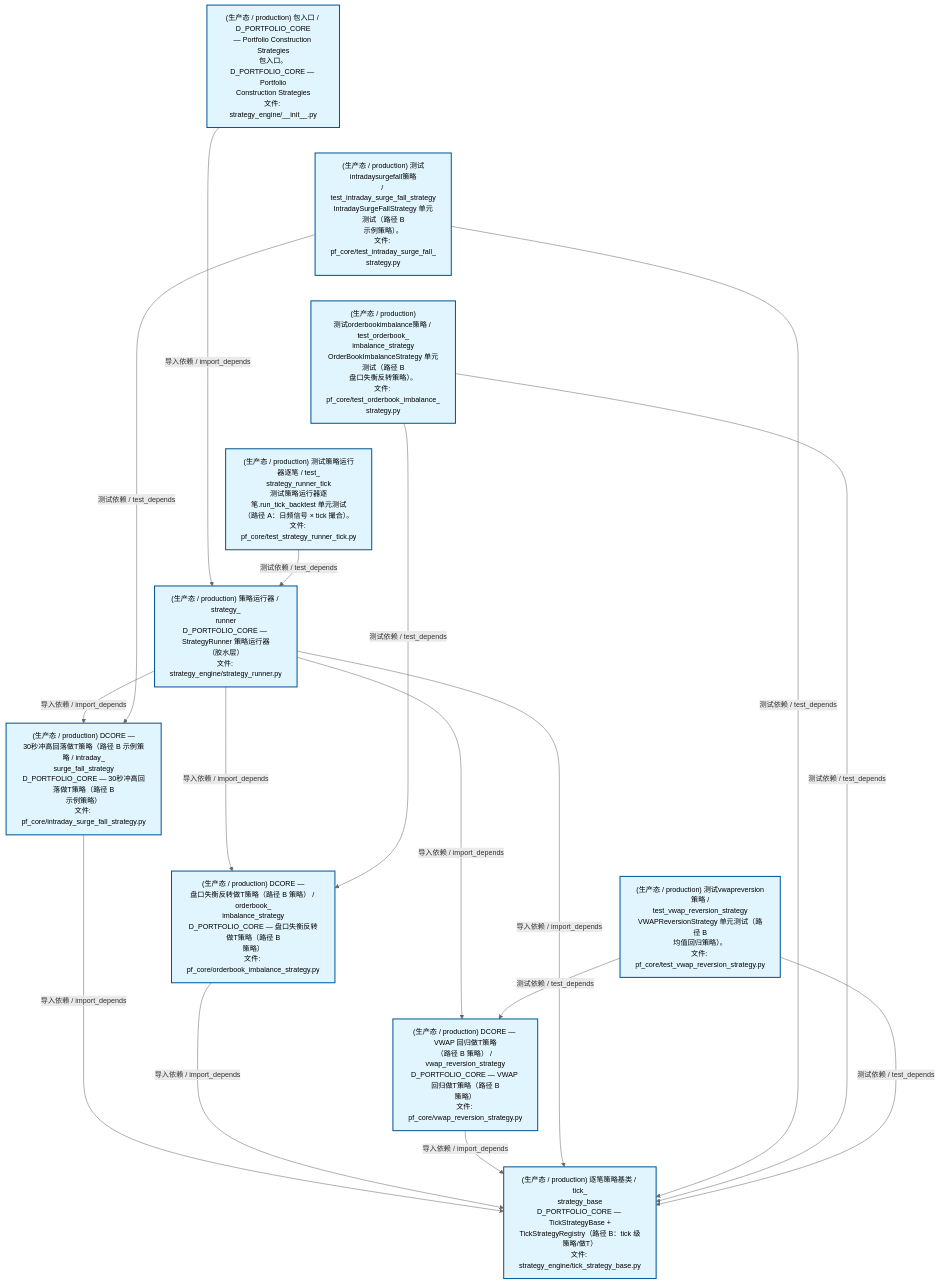
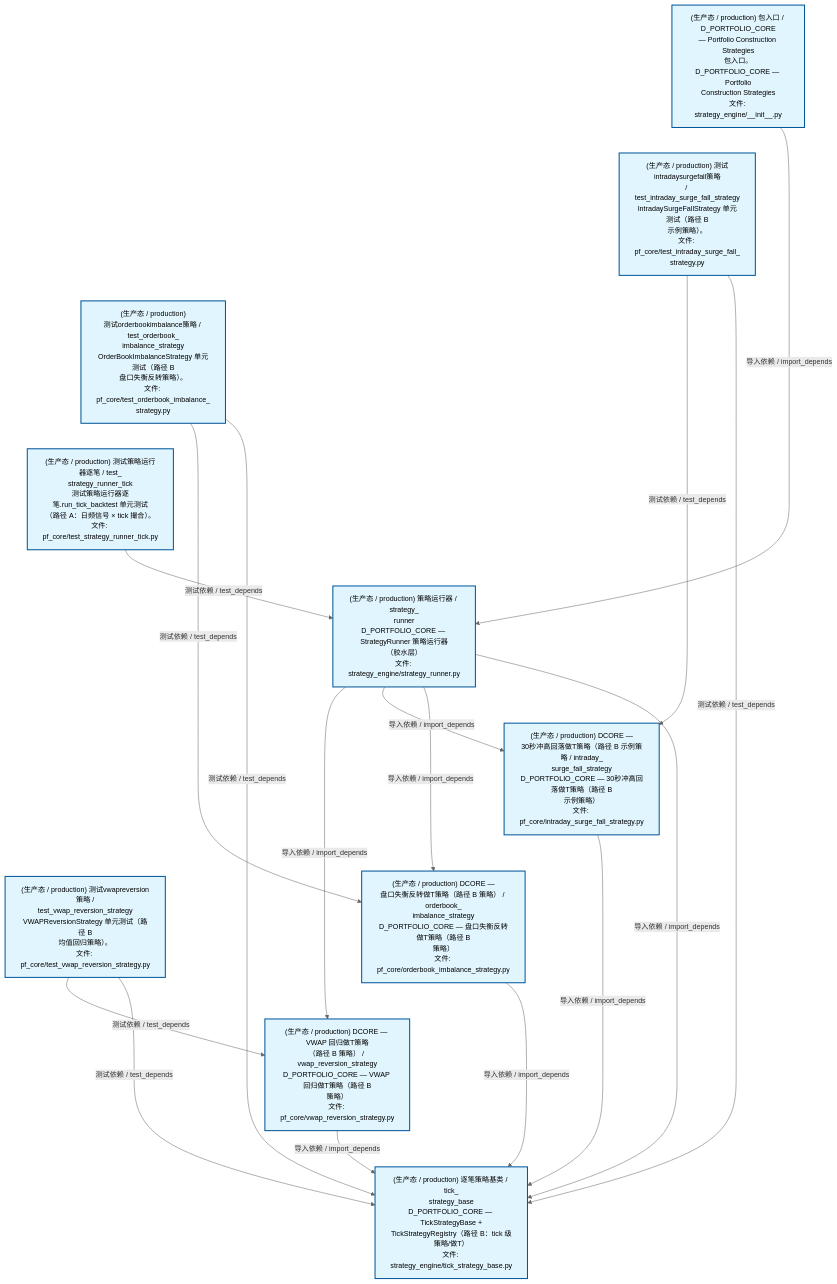
One commit to xuanFelixVan/ZephyrAlpha changed the second of 4 diagrams in docs/02_enterprise_architecture/02_domain_architecture_docs/63_d_pf_core.md. Above: the diagram before and after it, drawn with Mermaid. The commit also changed other lines of this file and 35 other files, not shown here.

````diff
--- a/docs/02_enterprise_architecture/02_domain_architecture_docs/63_d_pf_core.md
+++ b/docs/02_enterprise_architecture/02_domain_architecture_docs/63_d_pf_core.md
@@ -131,40 +131,40 @@
 ```mermaid
 %%{init: {'theme': 'base', 'themeVariables': {'primaryColor': '#eaeaea', 'primaryTextColor': '#333333', 'primaryBorderColor': '#666666', 'lineColor': '#666666', 'secondaryColor': '#eaeaea', 'tertiaryColor': '#eaeaea', 'fontSize': '14px'}}}%%
 flowchart TD
     src_zephyr_pf_core_strategy_engine_init_py["(生产态 / production) 包入口 / D_PORTFOLIO_CORE<br/>— Portfolio Construction Strategies<br/>包入口。D_PORTFOLIO_CORE — Portfolio<br/>Construction Strategies<br/>文件: strategy_engine/__init__.py"]
     tests_pf_core_test_intraday_surge_fall_strategy_py["(生产态 / production) 测试intradaysurgefall策略<br/>/ test_intraday_surge_fall_strategy<br/>IntradaySurgeFallStrategy 单元测试（路径 B<br/>示例策略）。<br/>文件: pf_core/test_intraday_surge_fall_<br/>strategy.py"]
     tests_pf_core_test_orderbook_imbalance_strategy_py["(生产态 / production)<br/>测试orderbookimbalance策略 / test_orderbook_<br/>imbalance_strategy<br/>OrderBookImbalanceStrategy 单元测试（路径 B<br/>盘口失衡反转策略）。<br/>文件: pf_core/test_orderbook_imbalance_<br/>strategy.py"]
     tests_pf_core_test_strategy_runner_tick_py["(生产态 / production) 测试策略运行器逐笔 / test_<br/>strategy_runner_tick<br/>测试策略运行器逐笔.run_tick_backtest 单元测试<br/>（路径 A：日频信号 × tick 撮合）。<br/>文件: pf_core/test_strategy_runner_tick.py"]
     tests_pf_core_test_vwap_reversion_strategy_py["(生产态 / production) 测试vwapreversion策略 /<br/>test_vwap_reversion_strategy<br/>VWAPReversionStrategy 单元测试（路径 B<br/>均值回归策略）。<br/>文件: pf_core/test_vwap_reversion_strategy.py"]
     src_zephyr_pf_core_strategy_engine_init_py ~~~ tests_pf_core_test_intraday_surge_fall_strategy_py
     tests_pf_core_test_intraday_surge_fall_strategy_py ~~~ tests_pf_core_test_orderbook_imbalance_strategy_py
     tests_pf_core_test_orderbook_imbalance_strategy_py ~~~ tests_pf_core_test_strategy_runner_tick_py
     tests_pf_core_test_strategy_runner_tick_py ~~~ tests_pf_core_test_vwap_reversion_strategy_py
     src_zephyr_pf_core_strategy_engine_strategy_runner_py["(生产态 / production) 策略运行器 / strategy_<br/>runner<br/>D_PORTFOLIO_CORE — StrategyRunner 策略运行器<br/>（胶水层）<br/>文件: strategy_engine/strategy_runner.py"]
     src_zephyr_pf_core_intraday_surge_fall_strategy_py["(生产态 / production) DCORE —<br/>30秒冲高回落做T策略（路径 B 示例策略 / intraday_<br/>surge_fall_strategy<br/>D_PORTFOLIO_CORE — 30秒冲高回落做T策略（路径 B<br/>示例策略）<br/>文件: pf_core/intraday_surge_fall_strategy.py"]
     src_zephyr_pf_core_orderbook_imbalance_strategy_py["(生产态 / production) DCORE —<br/>盘口失衡反转做T策略（路径 B 策略） / orderbook_<br/>imbalance_strategy<br/>D_PORTFOLIO_CORE — 盘口失衡反转做T策略（路径 B<br/>策略）<br/>文件: pf_core/orderbook_imbalance_strategy.py"]
     src_zephyr_pf_core_vwap_reversion_strategy_py["(生产态 / production) DCORE — VWAP 回归做T策略<br/>（路径 B 策略） / vwap_reversion_strategy<br/>D_PORTFOLIO_CORE — VWAP 回归做T策略（路径 B<br/>策略）<br/>文件: pf_core/vwap_reversion_strategy.py"]
     src_zephyr_pf_core_intraday_surge_fall_strategy_py ~~~ src_zephyr_pf_core_orderbook_imbalance_strategy_py
     src_zephyr_pf_core_orderbook_imbalance_strategy_py ~~~ src_zephyr_pf_core_vwap_reversion_strategy_py
     src_zephyr_pf_core_strategy_engine_tick_strategy_base_py["(生产态 / production) 逐笔策略基类 / tick_<br/>strategy_base<br/>D_PORTFOLIO_CORE — TickStrategyBase +<br/>TickStrategyRegistry（路径 B：tick 级策略/做T）<br/>文件: strategy_engine/tick_strategy_base.py"]
+    src_zephyr_pf_core_vwap_reversion_strategy_py -->|导入依赖 / import_depends| src_zephyr_pf_core_strategy_engine_tick_strategy_base_py
     src_zephyr_pf_core_intraday_surge_fall_strategy_py -->|导入依赖 / import_depends| src_zephyr_pf_core_strategy_engine_tick_strategy_base_py
     src_zephyr_pf_core_orderbook_imbalance_strategy_py -->|导入依赖 / import_depends| src_zephyr_pf_core_strategy_engine_tick_strategy_base_py
-    src_zephyr_pf_core_vwap_reversion_strategy_py -->|导入依赖 / import_depends| src_zephyr_pf_core_strategy_engine_tick_strategy_base_py
+    src_zephyr_pf_core_strategy_engine_init_py -->|导入依赖 / import_depends| src_zephyr_pf_core_strategy_engine_strategy_runner_py
+    src_zephyr_pf_core_strategy_engine_strategy_runner_py -->|导入依赖 / import_depends| src_zephyr_pf_core_vwap_reversion_strategy_py
     src_zephyr_pf_core_strategy_engine_strategy_runner_py -->|导入依赖 / import_depends| src_zephyr_pf_core_intraday_surge_fall_strategy_py
     src_zephyr_pf_core_strategy_engine_strategy_runner_py -->|导入依赖 / import_depends| src_zephyr_pf_core_orderbook_imbalance_strategy_py
-    src_zephyr_pf_core_strategy_engine_strategy_runner_py -->|导入依赖 / import_depends| src_zephyr_pf_core_vwap_reversion_strategy_py
     src_zephyr_pf_core_strategy_engine_strategy_runner_py -->|导入依赖 / import_depends| src_zephyr_pf_core_strategy_engine_tick_strategy_base_py
-    src_zephyr_pf_core_strategy_engine_init_py -->|导入依赖 / import_depends| src_zephyr_pf_core_strategy_engine_strategy_runner_py
     tests_pf_core_test_intraday_surge_fall_strategy_py -->|测试依赖 / test_depends| src_zephyr_pf_core_intraday_surge_fall_strategy_py
     tests_pf_core_test_intraday_surge_fall_strategy_py -->|测试依赖 / test_depends| src_zephyr_pf_core_strategy_engine_tick_strategy_base_py
     tests_pf_core_test_orderbook_imbalance_strategy_py -->|测试依赖 / test_depends| src_zephyr_pf_core_orderbook_imbalance_strategy_py
     tests_pf_core_test_orderbook_imbalance_strategy_py -->|测试依赖 / test_depends| src_zephyr_pf_core_strategy_engine_tick_strategy_base_py
     tests_pf_core_test_strategy_runner_tick_py -->|测试依赖 / test_depends| src_zephyr_pf_core_strategy_engine_strategy_runner_py
     tests_pf_core_test_vwap_reversion_strategy_py -->|测试依赖 / test_depends| src_zephyr_pf_core_vwap_reversion_strategy_py
     tests_pf_core_test_vwap_reversion_strategy_py -->|测试依赖 / test_depends| src_zephyr_pf_core_strategy_engine_tick_strategy_base_py
     classDef production fill:#e1f5fe,stroke:#01579b,stroke-width:2px,color:#000
     classDef design fill:#fff3e0,stroke:#e65100,stroke-width:2px,color:#000,stroke-dasharray: 5 5
     classDef external_prod fill:#e8f4fd,stroke:#0277bd,stroke-width:1px,color:#000
     classDef external_design fill:#fff8e7,stroke:#ef6c00,stroke-width:1px,color:#000,stroke-dasharray: 5 5
     class src_zephyr_pf_core_intraday_surge_fall_strategy_py,src_zephyr_pf_core_orderbook_imbalance_strategy_py,src_zephyr_pf_core_strategy_engine_init_py,src_zephyr_pf_core_strategy_engine_strategy_runner_py,src_zephyr_pf_core_strategy_engine_tick_strategy_base_py,src_zephyr_pf_core_vwap_reversion_strategy_py,tests_pf_core_test_intraday_surge_fall_strategy_py,tests_pf_core_test_orderbook_imbalance_strategy_py,tests_pf_core_test_strategy_runner_tick_py,tests_pf_core_test_vwap_reversion_strategy_py production
 ```
````
